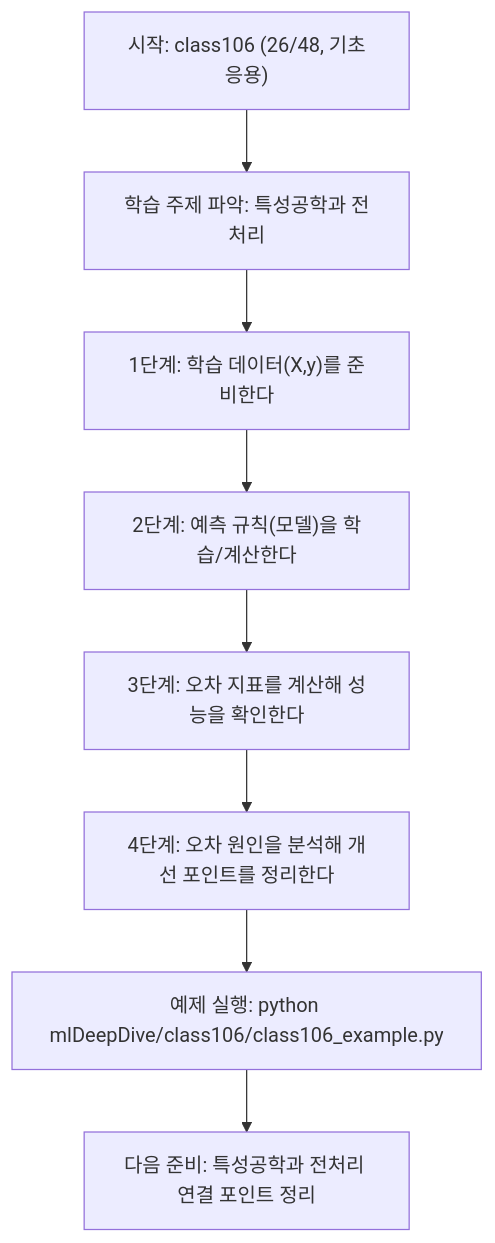
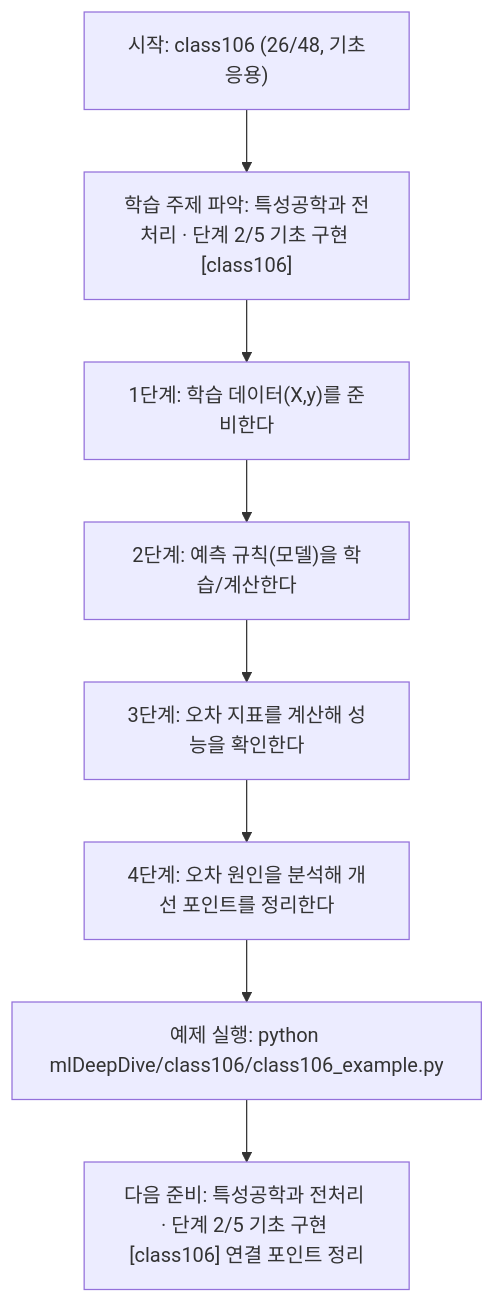
The diagram in mlDeepDive/class106/class106.md (edumgt/Python-AI_Agent-Class), drawn with Mermaid before and after one commit. The commit also changed other lines of this file and 522 other files, not shown here.

````diff
--- a/mlDeepDive/class106/class106.md
+++ b/mlDeepDive/class106/class106.md
@@ -108,18 +109,18 @@
 ```mermaid
 flowchart TD
 N1["시작: class106 (26/48, 기초응용)"]
-N2["학습 주제 파악: 특성공학과 전처리"]
+N2["학습 주제 파악: 특성공학과 전처리 · 단계 2/5 기초 구현 [class106]"]
 N3["1단계: 학습 데이터(X,y)를 준비한다"]
 N4["2단계: 예측 규칙(모델)을 학습/계산한다"]
 N5["3단계: 오차 지표를 계산해 성능을 확인한다"]
 N6["4단계: 오차 원인을 분석해 개선 포인트를 정리한다"]
 N7["예제 실행: python mlDeepDive/class106/class106_example.py"]
-N8["다음 준비: 특성공학과 전처리 연결 포인트 정리"]
+N8["다음 준비: 특성공학과 전처리 · 단계 2/5 기초 구현 [class106] 연결 포인트 정리"]
 N1 --> N2
 N2 --> N3
 N3 --> N4
 N4 --> N5
 N5 --> N6
 N6 --> N7
 N7 --> N8
 ```
````
